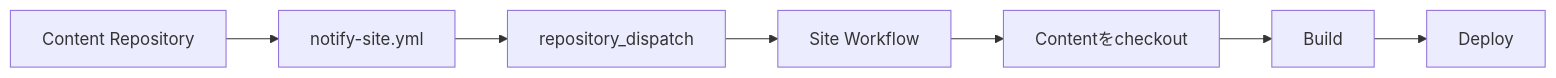
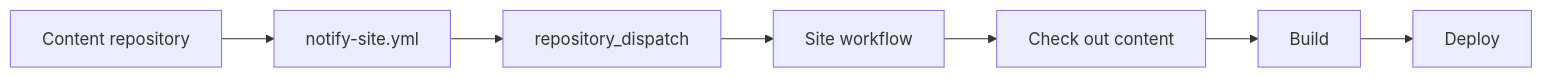
Before and after one commit to Rerurate514/riebeckite: the sixth of 6 diagrams in docs/docs/guides/deployment/cloudflare-workers.md, drawn with Mermaid. The commit also changed other lines of this file and 604 other files, not shown here.

````diff
--- a/docs/docs/guides/deployment/cloudflare-workers.md
+++ b/docs/docs/guides/deployment/cloudflare-workers.md
@@ -470,17 +335,17 @@
 ```mermaid
 flowchart LR
-    Content["Content Repository"]
+    Content["Content repository"]
     Notify["notify-site.yml"]
     Dispatch["repository_dispatch"]
-    Site["Site Workflow"]
-    Checkout["Contentをcheckout"]
+    Site["Site workflow"]
+    Checkout["Check out content"]
     Build["Build"]
     Deploy["Deploy"]
 
     Content --> Notify
     Notify --> Dispatch
     Dispatch --> Site
     Site --> Checkout
     Checkout --> Build
     Build --> Deploy
 ```
````
